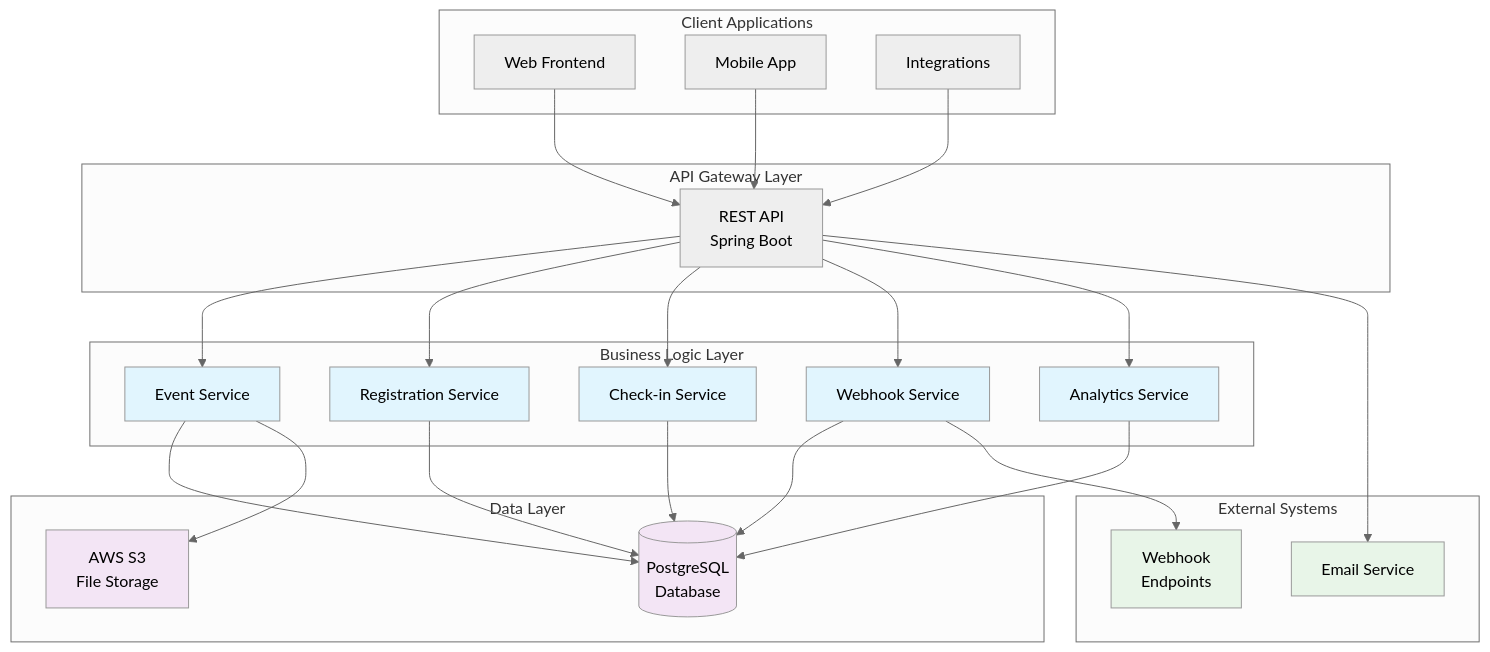
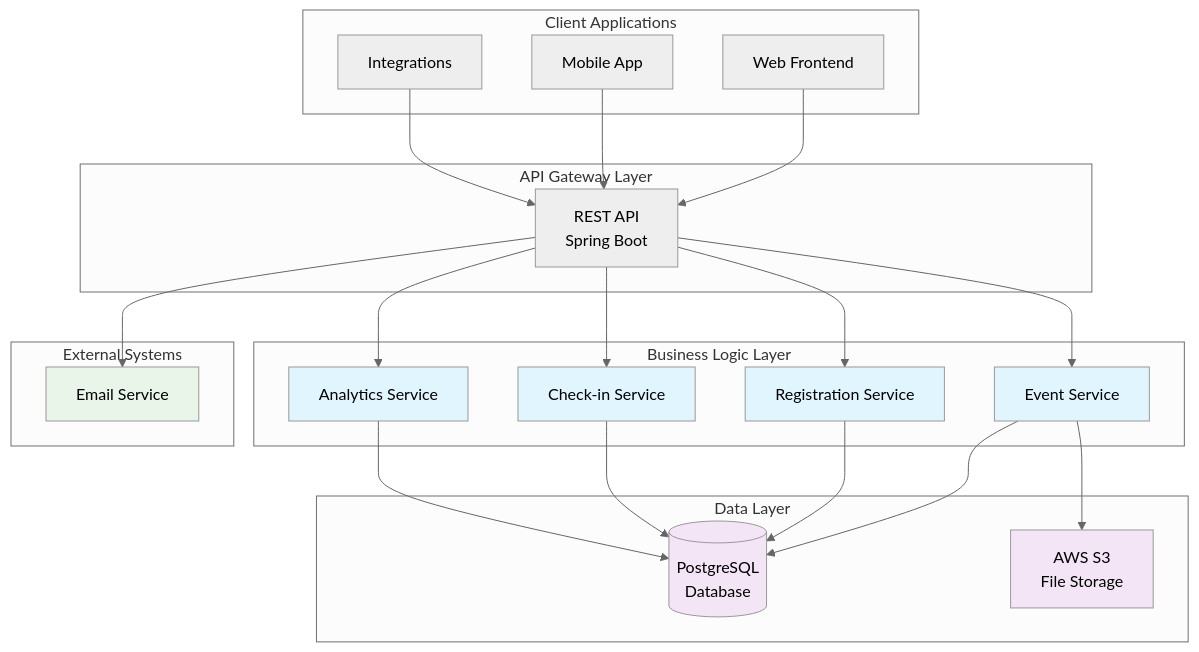
One commit to jpwhite3/eventr changed the diagram in docs/api.md. Above: the diagram before and after it, drawn with Mermaid (neutral theme). The commit also changed other lines of this file and 73 other files, not shown here.

First line of the commit message:
refactor: Modular monolith architecture with dependency updates

````diff
--- a/docs/api.md
+++ b/docs/api.md
@@ -17,58 +17,53 @@
 ```mermaid
 graph TB
     subgraph "Client Applications"
         WEB[Web Frontend]
         MOB[Mobile App]
         INT[Integrations]
     end
     
     subgraph "API Gateway Layer"
         REST[REST API<br/>Spring Boot]
     end
     
     subgraph "Business Logic Layer"
         ES[Event Service]
         RS[Registration Service]
         CS[Check-in Service]
-        WS[Webhook Service]
         AS[Analytics Service]
     end
     
     subgraph "Data Layer"
         DB[(PostgreSQL<br/>Database)]
         S3[AWS S3<br/>File Storage]
     end
     
     subgraph "External Systems"
         EMAIL[Email Service]
-        HOOKS[Webhook<br/>Endpoints]
     end
     
     WEB --> REST
     MOB --> REST
     INT --> REST
     
     REST --> ES
     REST --> RS
     REST --> CS
-    REST --> WS
     REST --> AS
     
     ES --> DB
     RS --> DB
     CS --> DB
-    WS --> DB
     AS --> DB
     
     ES --> S3
     REST --> EMAIL
-    WS --> HOOKS
     
     classDef service fill:#e1f5fe
     classDef data fill:#f3e5f5
     classDef external fill:#e8f5e8
     
-    class ES,RS,CS,WS,AS service
+    class ES,RS,CS,AS service
     class DB,S3 data
-    class EMAIL,HOOKS external
+    class EMAIL external
 ```
````
